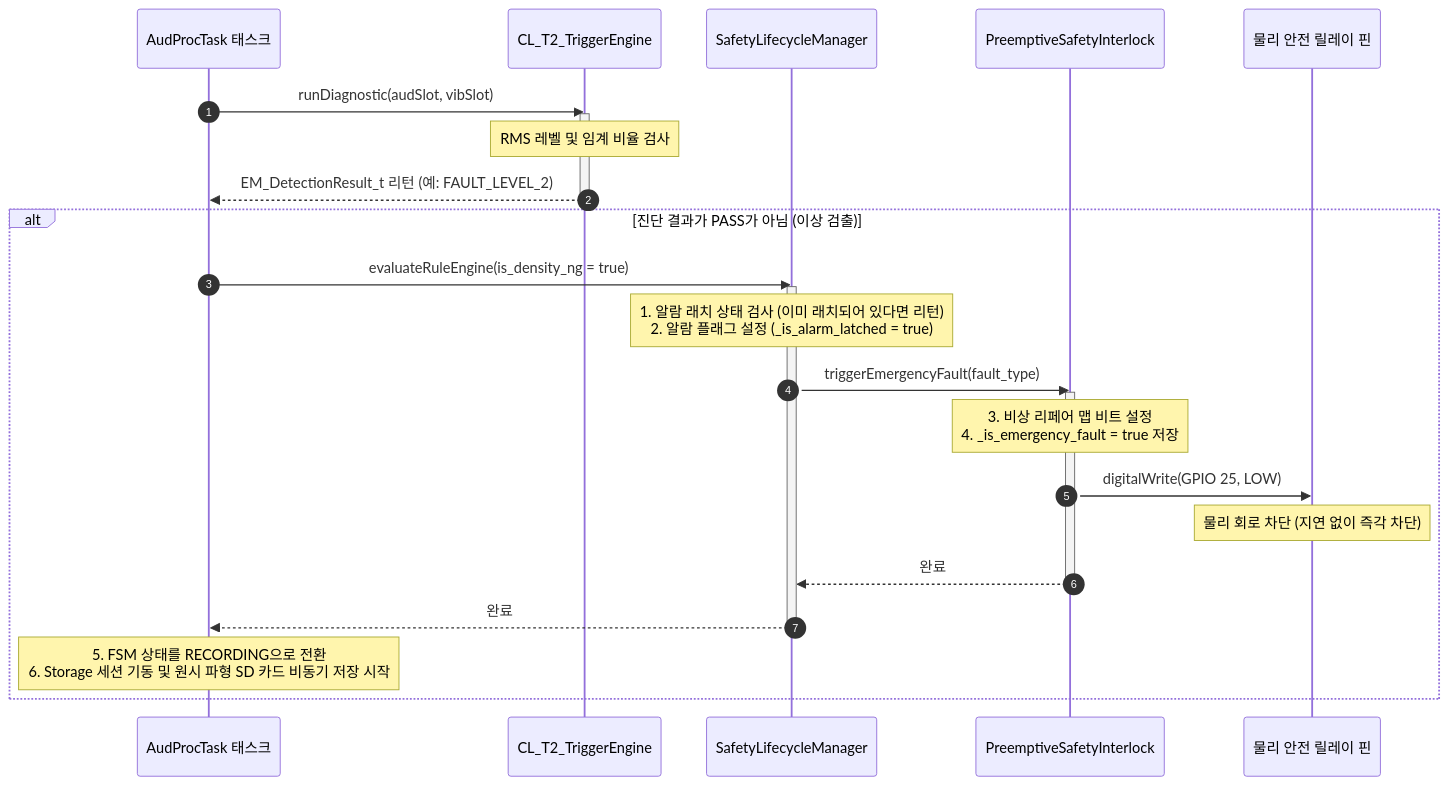
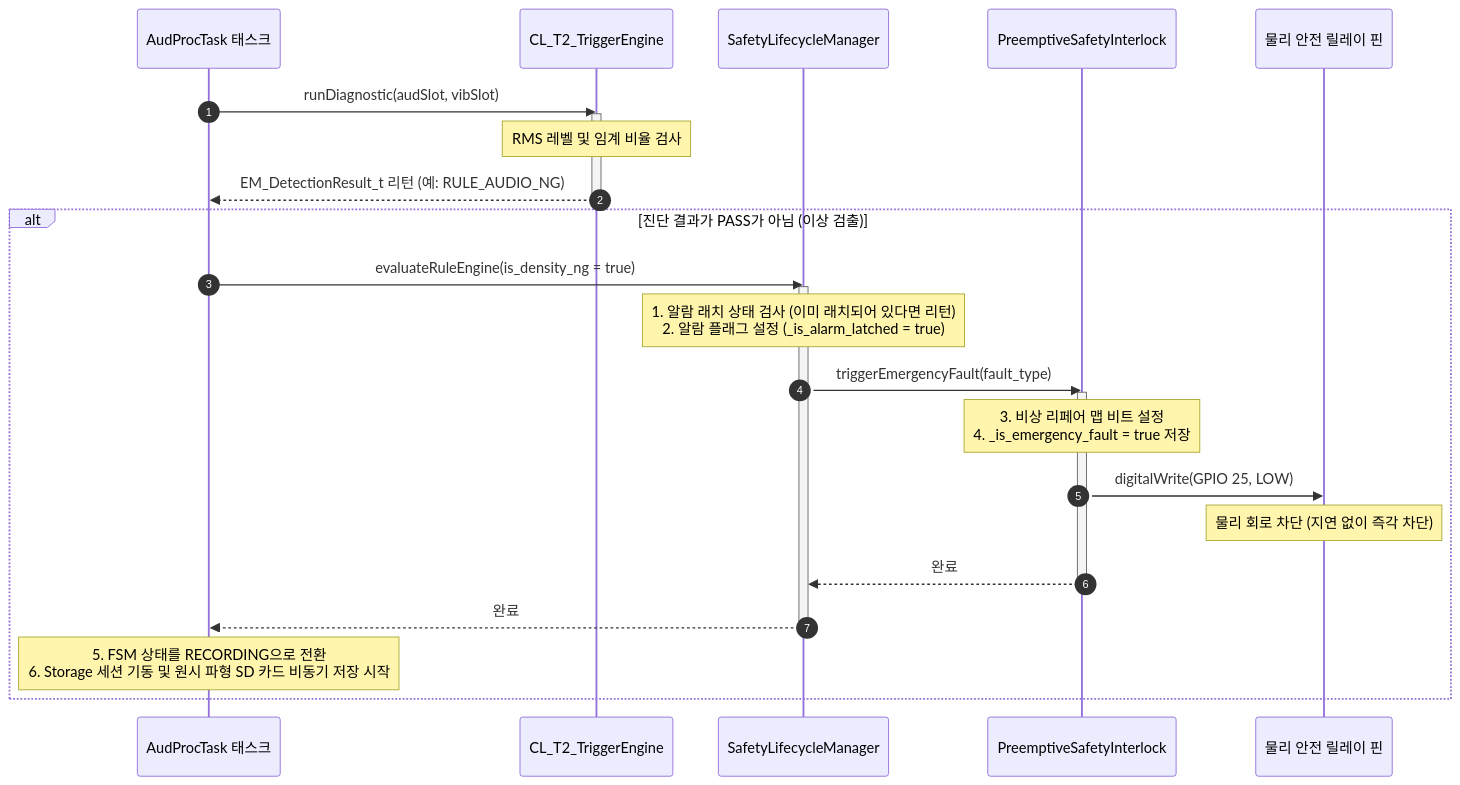
Before and after one commit to hosanglee-kr/ESP32_MSFM_250: the fourth of 5 diagrams in src/T2_MSFM_250/Docs_FuncSpec/S40_func_flow_250.md, drawn with Mermaid. The commit also changed other lines of this file and 42 other files, not shown here.

````diff
--- a/src/T2_MSFM_250/Docs_FuncSpec/S40_func_flow_250.md
+++ b/src/T2_MSFM_250/Docs_FuncSpec/S40_func_flow_250.md
@@ -194,35 +194,35 @@
 ```mermaid
 sequenceDiagram
     autonumber
     participant AudProc as AudProcTask 태스크
     participant TrigEng as CL_T2_TriggerEngine
     participant SafetyMgr as SafetyLifecycleManager
     participant Interlock as PreemptiveSafetyInterlock
     participant Relay as 물리 안전 릴레이 핀
 
     AudProc->>TrigEng: runDiagnostic(audSlot, vibSlot)
     activate TrigEng
     Note over TrigEng: RMS 레벨 및 임계 비율 검사
-    TrigEng-->>AudProc: EM_DetectionResult_t 리턴 (예: FAULT_LEVEL_2)
+    TrigEng-->>AudProc: EM_DetectionResult_t 리턴 (예: RULE_AUDIO_NG)
     deactivate TrigEng
 
     alt 진단 결과가 PASS가 아님 (이상 검출)
         AudProc->>SafetyMgr: evaluateRuleEngine(is_density_ng = true)
         activate SafetyMgr
         Note over SafetyMgr: 1. 알람 래치 상태 검사 (이미 래치되어 있다면 리턴)<br/>2. 알람 플래그 설정 (_is_alarm_latched = true)
         
         SafetyMgr->>Interlock: triggerEmergencyFault(fault_type)
         activate Interlock
         Note over Interlock: 3. 비상 리페어 맵 비트 설정<br/>4. _is_emergency_fault = true 저장
         
         Interlock->>Relay: digitalWrite(GPIO 25, LOW)
         Note over Relay: 물리 회로 차단 (지연 없이 즉각 차단)
         
         Interlock-->>SafetyMgr: 완료
         deactivate Interlock
         SafetyMgr-->>AudProc: 완료
         deactivate SafetyMgr
         
         Note over AudProc: 5. FSM 상태를 RECORDING으로 전환<br/>6. Storage 세션 기동 및 원시 파형 SD 카드 비동기 저장 시작
     end
 ```
````
